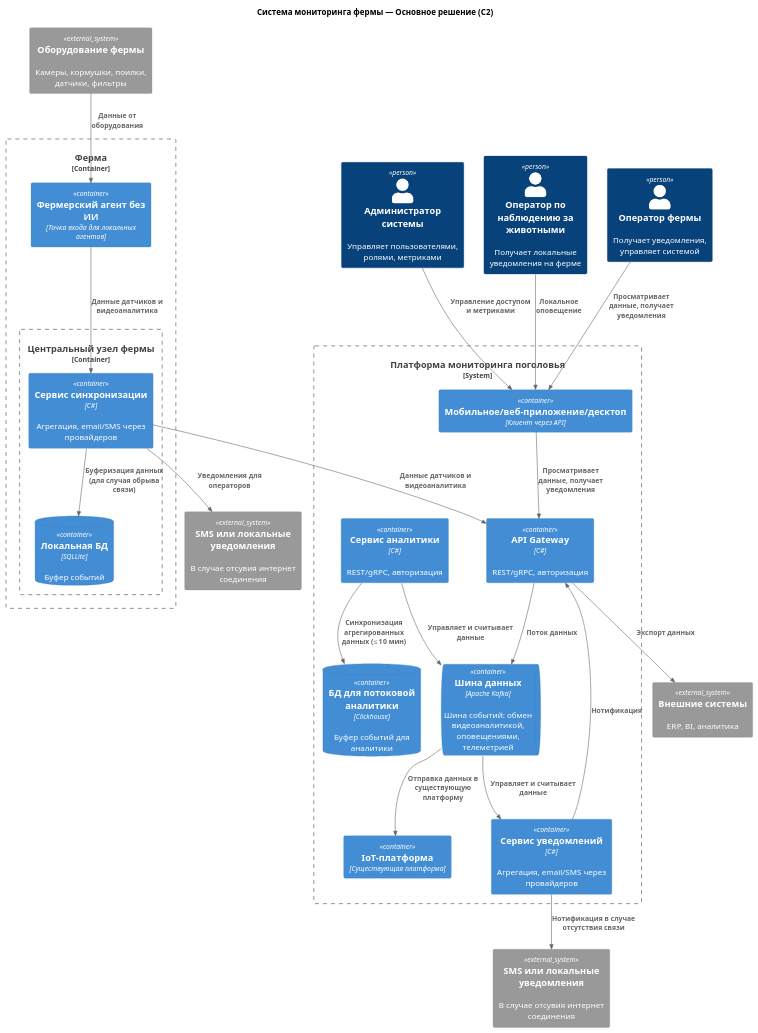
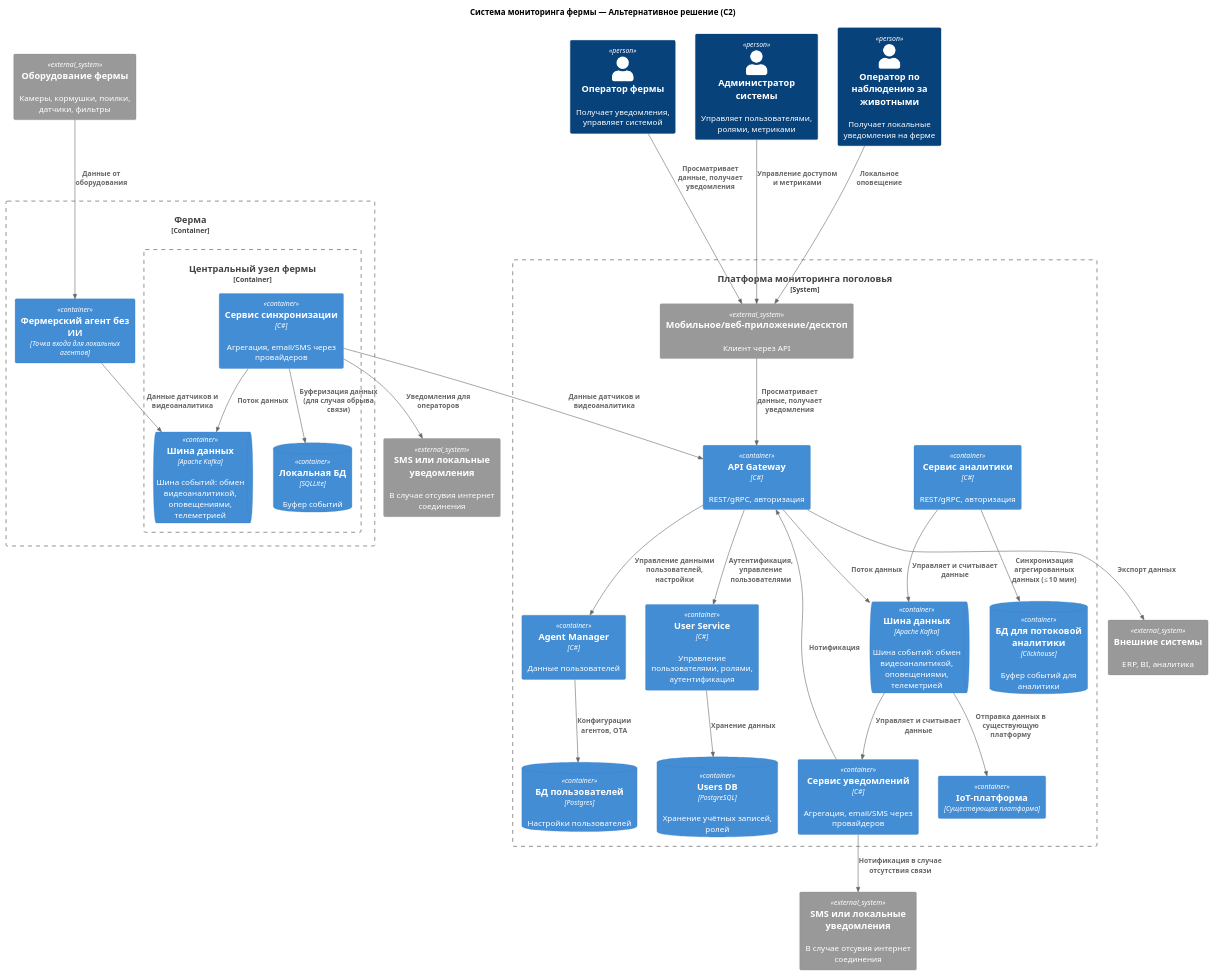
Before and after one commit to andrejjerdna/MSA-AgroTech: the diagram in Task2/C2_alternative.puml, drawn with PlantUML. The commit also changed 2 other files, not shown here.

```diff
--- a/Task2/C2_alternative.puml
+++ b/Task2/C2_alternative.puml
@@ -1,52 +1,62 @@
 @startuml
 !include https://raw.githubusercontent.com/plantuml-stdlib/C4-PlantUML/master/C4_Container.puml
 
-title Система мониторинга фермы — Основное решение (C2)
+title Система мониторинга фермы — Альтернативное решение (C2)
 
 ' Пользователи центральной системы
 Person(operator, "Оператор фермы", "Получает уведомления, управляет системой")
 Person(admin, "Администратор системы", "Управляет пользователями, ролями, метриками")
 Person(onsite, "Оператор по наблюдению за животными", "Получает локальные уведомления на ферме")
 
 System_Boundary(system, "Платформа мониторинга поголовья") {
     Container(central_gateway, "API Gateway", "C#", "REST/gRPC, авторизация")
     Container(datacube, "Сервис аналитики", "C#", "REST/gRPC, авторизация")
     Container(alert_central, "Сервис уведомлений", "C#", "Агрегация, email/SMS через провайдеров")
-    Container(platform_app, "Мобильное/веб-приложение/десктоп", "Клиент через API")
+    Container(agent_manager, "Agent Manager", "C#", "Данные пользователей")
+    ContainerDb(agent_manager_db, "БД пользователей", "Postgres", "Настройки пользователей")
+    System_Ext(platform_app, "Мобильное/веб-приложение/десктоп", "Клиент через API")
     Container(iot_platform, "IoT-платформа", "Существующая платформа")
     ContainerDb(analitycs_db, "БД для потоковой аналитики", "Clickhouse", "Буфер событий для аналитики")
     ContainerQueue(kafka, "Шина данных", "Apache Kafka", "Шина событий: обмен видеоаналитикой, оповещениями, телеметрией")
+    Container(user_service, "User Service", "C#", "Управление пользователями, ролями, аутентификация")
+    ContainerDb(users_db, "Users DB", "PostgreSQL", "Хранение учётных записей, ролей")
 }
 
 Container_Boundary(ferma, "Ферма") {
     Container(local_agent, "Фермерский агент без ИИ", "Точка входа для локальных агентов")
     Container_Boundary(ferma_platform, "Центральный узел фермы") {
         Container(local_alert_service, "Сервис синхронизации", "C#", "Агрегация, email/SMS через провайдеров")
         ContainerDb(local_store, "Локальная БД", "SQLLite", "Буфер событий")
+        ContainerQueue(local_kafka, "Шина данных", "Apache Kafka", "Шина событий: обмен видеоаналитикой, оповещениями, телеметрией")
     }
 }
 
 System_Ext(equipment, "Оборудование фермы", "Камеры, кормушки, поилки, датчики, фильтры")
 System_Ext(mobile_nofier, "SMS или локальные уведомления", "В случае отсувия интернет соединения")
 System_Ext(external, "Внешние системы", "ERP, BI, аналитика")
-System_Ext(mobile_platform_nofier, "SMS или локальные уведомления", "В случае отсувия интернет соединения")
+System_Ext(mobile_platform_nofier, "SMS или локальные уведомления", "В случае отсувия интернет соединения")  
 
 Rel(central_gateway, kafka, "Поток данных")
+Rel(agent_manager, agent_manager_db, "Конфигурации агентов, OTA")
+Rel(central_gateway, agent_manager, "Управление данными пользователей, настройки")
+Rel(central_gateway, user_service, "Аутентификация, управление пользователями")
+Rel(user_service, users_db, "Хранение данных")
 Rel(local_alert_service, central_gateway, "Данные датчиков и видеоаналитика")
-Rel(local_agent, local_alert_service, "Данные датчиков и видеоаналитика")
+Rel(local_agent, local_kafka, "Данные датчиков и видеоаналитика")
 Rel(operator, platform_app, "Просматривает данные, получает уведомления")
 Rel(admin,platform_app, "Управление доступом и метриками")
 Rel(platform_app, central_gateway, "Просматривает данные, получает уведомления")
 Rel(kafka, iot_platform, "Отправка данных в существующую платформу")
 Rel(datacube, analitycs_db, "Синхронизация агрегированных данных (≤10 мин)")
 Rel(equipment, local_agent, "Данные от оборудования")
 Rel(onsite, platform_app, "Локальное оповещение")
 Rel(central_gateway, external, "Экспорт данных")
+Rel(local_alert_service, local_kafka, "Поток данных")
 Rel(local_alert_service, local_store, "Буферизация данных (для случая обрыва связи)")
 Rel(local_alert_service, mobile_nofier, "Уведомления для операторов")
 Rel(datacube, kafka, "Управляет и считывает данные")
 Rel(kafka, alert_central, "Управляет и считывает данные")
 Rel(alert_central, mobile_platform_nofier, "Нотификация в случае отсутствия связи")
 Rel(alert_central, central_gateway, "Нотификация")
 
 @enduml
```
